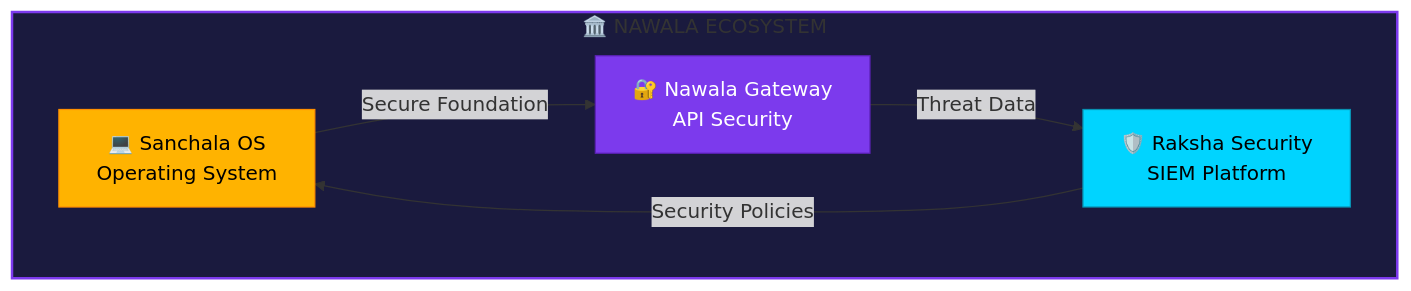
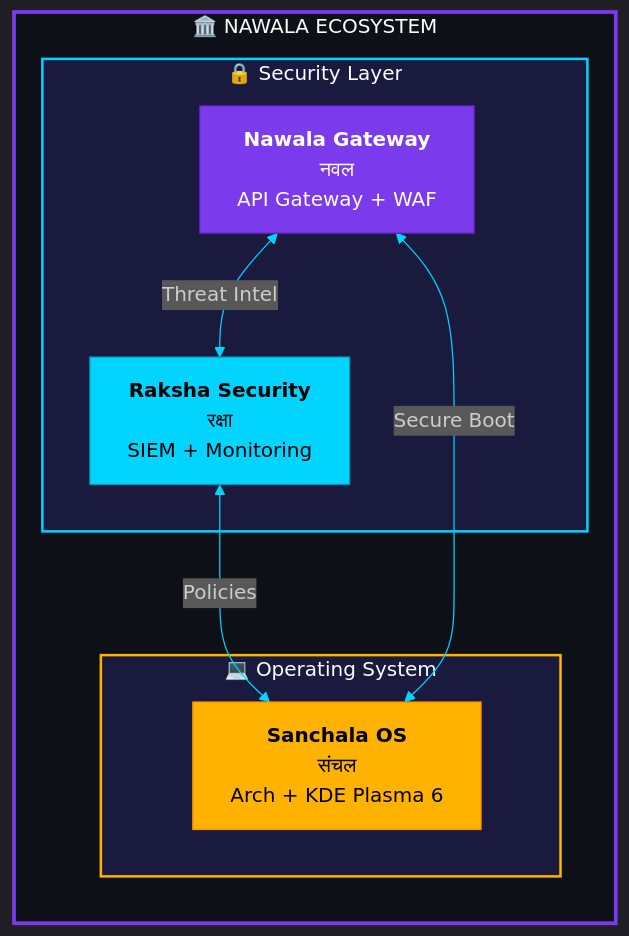
Before and after one commit to nawala-team/.github: the diagram in profile/README.md, drawn with Mermaid. The commit also changed other lines of this file, not shown here.

Commit message:
Redesign profile with beautiful animations, mermaid diagram, tech stack icons

````diff
--- a/profile/README.md
+++ b/profile/README.md
@@ -129,17 +211,27 @@
 ```mermaid
-graph TB
-    subgraph NAWALA["🏛️ NAWALA ECOSYSTEM"]
-        S["💻 Sanchala OS<br/>Operating System"]
-        N["🔐 Nawala Gateway<br/>API Security"]
-        R["🛡️ Raksha Security<br/>SIEM Platform"]
+%%{init: {'theme': 'dark', 'themeVariables': { 'primaryColor': '#7c3aed', 'primaryTextColor': '#fff', 'primaryBorderColor': '#7c3aed', 'lineColor': '#00d4ff', 'secondaryColor': '#1a1a3e', 'tertiaryColor': '#0D1117'}}}%%
+flowchart TB
+    subgraph ECOSYSTEM["🏛️ NAWALA ECOSYSTEM"]
+        direction TB
+        
+        subgraph OS["💻 Operating System"]
+            S["<b>Sanchala OS</b><br/>संचल<br/>Arch + KDE Plasma 6"]
+        end
+        
+        subgraph SECURITY["🔒 Security Layer"]
+            N["<b>Nawala Gateway</b><br/>नवल<br/>API Gateway + WAF"]
+            R["<b>Raksha Security</b><br/>रक्षा<br/>SIEM + Monitoring"]
+        end
     end
     
-    S -->|"Secure Foundation"| N
-    N -->|"Threat Data"| R
-    R -->|"Security Policies"| S
+    S <-->|"Secure Boot"| N
+    N <-->|"Threat Intel"| R
+    R <-->|"Policies"| S
     
-    style NAWALA fill:#1a1a3e,stroke:#7c3aed,stroke-width:2px
+    style ECOSYSTEM fill:#0D1117,stroke:#7c3aed,stroke-width:3px
+    style OS fill:#1a1a3e,stroke:#FFB300,stroke-width:2px
+    style SECURITY fill:#1a1a3e,stroke:#00d4ff,stroke-width:2px
     style S fill:#FFB300,stroke:#FF8F00,color:#000
     style N fill:#7c3aed,stroke:#5b21b6,color:#fff
     style R fill:#00d4ff,stroke:#0891b2,color:#000
 ```
````
